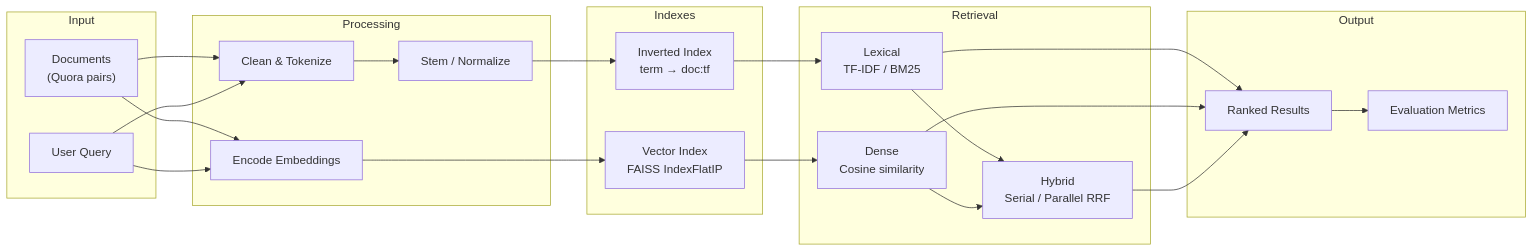
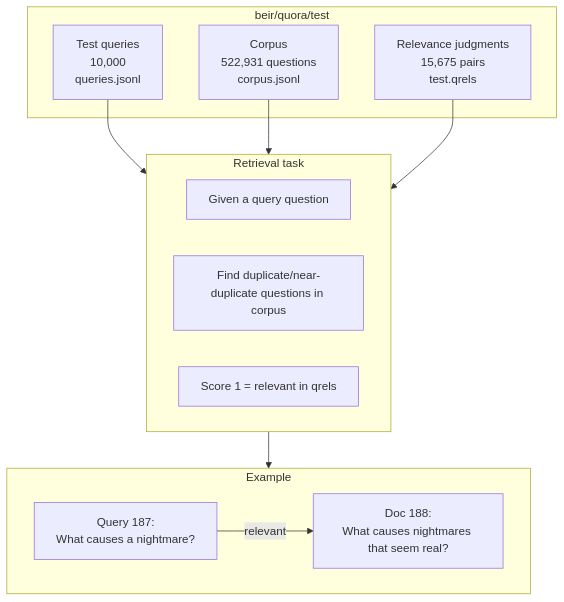
One commit to Wass76/IR-2026-project changed diagram 11 of 13 in docs/Architecture_Diagram.md. Above: the diagram before and after it, drawn with Mermaid. The commit also changed other lines of this file, not shown here.

Commit message:
edit IR Project 2026 — System Diagrams

````diff
--- a/docs/Architecture_Diagram.md
+++ b/docs/Architecture_Diagram.md
@@ -198,44 +397,25 @@
 ```mermaid
-flowchart LR
-    subgraph Input
-        Q["User Query"]
-        D["Documents\n(Quora pairs)"]
+flowchart TB
+    subgraph BEIR["beir/quora/test"]
+        DOCS["Corpus\n522,931 questions\ncorpus.jsonl"]
+        QUERIES["Test queries\n10,000\nqueries.jsonl"]
+        QRELS["Relevance judgments\n15,675 pairs\ntest.qrels"]
     end
 
-    subgraph Processing
-        P1["Clean & Tokenize"]
-        P2["Stem / Normalize"]
-        P3["Encode Embeddings"]
+    subgraph Task["Retrieval task"]
+        T1["Given a query question"]
+        T2["Find duplicate/near-duplicate questions in corpus"]
+        T3["Score 1 = relevant in qrels"]
     end
 
-    subgraph Indexes
-        I1["Inverted Index\nterm → doc:tf"]
-        I2["Vector Index\nFAISS IndexFlatIP"]
+    subgraph Example["Example"]
+        EXQ["Query 187:\nWhat causes a nightmare?"]
+        EXD["Doc 188:\nWhat causes nightmares that seem real?"]
+        EXQ -->|"relevant"| EXD
     end
 
-    subgraph Retrieval
-        L["Lexical\nTF-IDF / BM25"]
-        V["Dense\nCosine similarity"]
-        H["Hybrid\nSerial / Parallel RRF"]
-    end
-
-    subgraph Output
-        RK["Ranked Results"]
-        MT["Evaluation Metrics"]
-    end
-
-    D --> P1 --> P2 --> I1
-    D --> P3 --> I2
-    Q --> P1
-    Q --> P3
-
-    I1 --> L
-    I2 --> V
-    L --> H
-    V --> H
-
-    L --> RK
-    V --> RK
-    H --> RK
-    RK --> MT
+    QUERIES --> Task
+    DOCS --> Task
+    QRELS --> Task
+    Task --> Example
 ```
````
